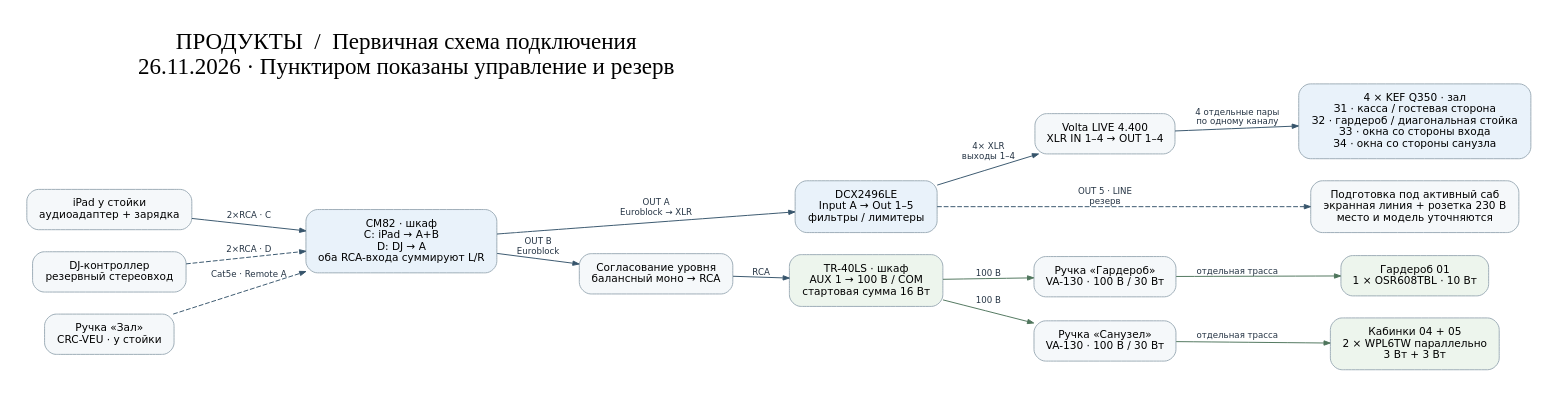
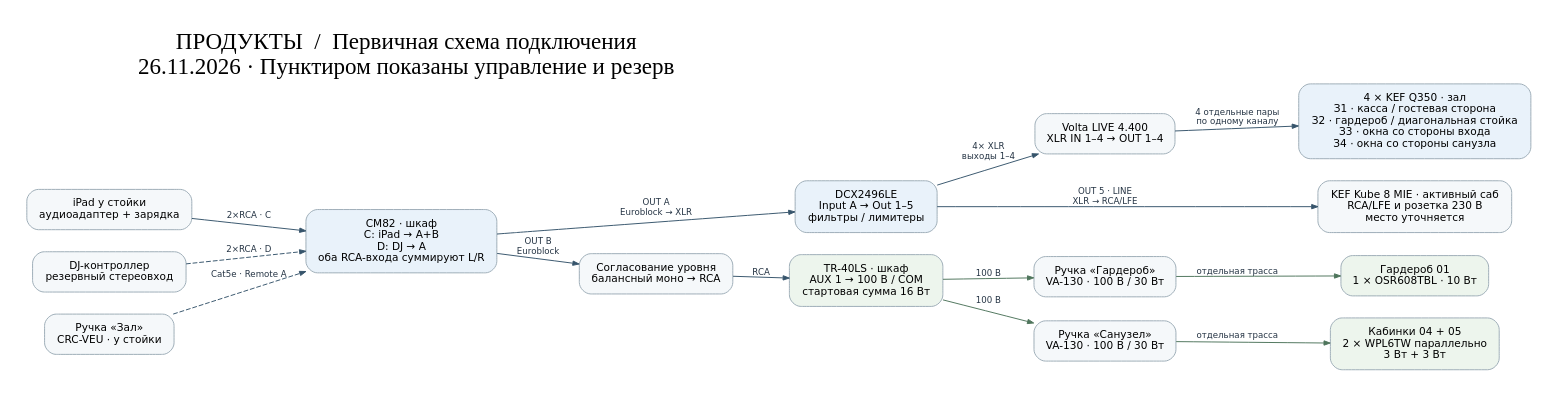
One commit to olegoviccc/p2p-audio-system-design changed the diagram in produkty/visuals/signal-flow.dot. Above: the diagram before and after it, drawn with Graphviz. The commit also changed 6 other files, not shown here.

```diff
--- a/produkty/visuals/signal-flow.dot
+++ b/produkty/visuals/signal-flow.dot
@@ -1,28 +1,28 @@
 digraph Signal {
   graph [rankdir=LR,bgcolor="#ffffff",pad=.28,nodesep=.32,ranksep=.54,splines=polyline,labelloc=t,labeljust=l,fontname="DejaVu Sans Bold",fontsize=24,label="ПРОДУКТЫ  /  Первичная схема подключения\n26.11.2026 · Пунктиром показаны управление и резерв"];
   node [shape=box,style="rounded,filled",fontname="DejaVu Sans",fontsize=11,color="#9cacb6",fillcolor="#f5f8fa",margin=".17,.12"];
   edge [fontname="DejaVu Sans",fontsize=9,color="#36546b",fontcolor="#253444",arrowsize=.65];
   ipad [label="iPad у стойки\nаудиоадаптер + зарядка"]; dj [label="DJ-контроллер\nрезервный стереовход"];
   mixer [label="CM82 · шкаф\nC: iPad → A+B\nD: DJ → A\nоба RCA-входа суммируют L/R",fillcolor="#e9f2fa"];
   wall [label="Ручка «Зал»\nCRC-VEU · у стойки"];
   dsp [label="DCX2496LE\nInput A → Out 1–5\nфильтры / лимитеры",fillcolor="#e9f2fa"];
   pa [label="Volta LIVE 4.400\nXLR IN 1–4 → OUT 1–4"];
   hall [label="4 × KEF Q350 · зал\nЗ1 · касса / гостевая сторона\nЗ2 · гардероб / диагональная стойка\nЗ3 · окна со стороны входа\nЗ4 · окна со стороны санузла",fillcolor="#e9f2fa"];
-  sub [label="Подготовка под активный саб\nэкранная линия + розетка 230 В\nместо и модель уточняются"];
+  sub [label="KEF Kube 8 MIE · активный саб\nRCA/LFE и розетка 230 В\nместо уточняется"];
   match [label="Согласование уровня\nбалансный моно → RCA"];
   tr [label="TR-40LS · шкаф\nAUX 1 → 100 В / COM\nстартовая сумма 16 Вт",fillcolor="#edf5ed"];
   coat [label="Ручка «Гардероб»\nVA-130 · 100 В / 30 Вт"];
   wc [label="Ручка «Санузел»\nVA-130 · 100 В / 30 Вт"];
   osr [label="Гардероб 01\n1 × OSR608TBL · 10 Вт",fillcolor="#edf5ed"];
   wpl [label="Кабинки 04 + 05\n2 × WPL6TW параллельно\n3 Вт + 3 Вт",fillcolor="#edf5ed"];
   ipad -> mixer [label="2×RCA · C"]; dj -> mixer [label="2×RCA · D",style=dashed];
   wall -> mixer [label="Cat5e · Remote A",style=dashed,constraint=false];
   mixer -> dsp [label="OUT A\nEuroblock → XLR"];
   dsp -> pa [label="4× XLR\nвыходы 1–4"]; pa -> hall [label="4 отдельные пары\nпо одному каналу"];
-  dsp -> sub [label="OUT 5 · LINE\nрезерв",style=dashed];
+  dsp -> sub [label="OUT 5 · LINE\nXLR → RCA/LFE"];
   mixer -> match [label="OUT B\nEuroblock"]; match -> tr [label="RCA"]; tr -> coat [label="100 В",color="#4e755b"];
   tr -> wc [label="100 В",color="#4e755b"];
   coat -> osr [label="отдельная трасса",color="#4e755b"];
   wc -> wpl [label="отдельная трасса",color="#4e755b"];
   {rank=same; hall;sub;osr;wpl}
 }
```
